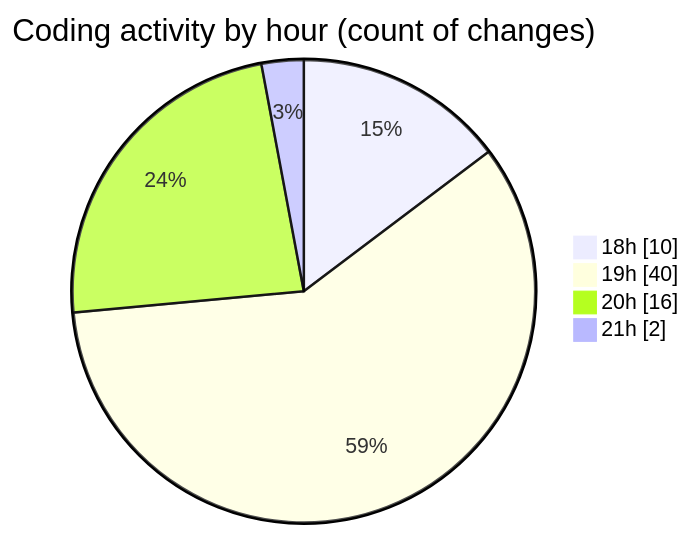
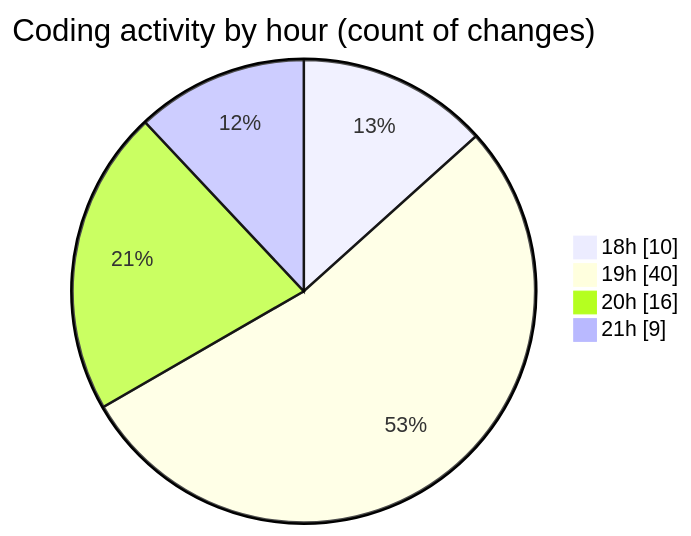
Before and after one commit to Netris89/code-tracking: the second of 2 diagrams in 2025-03-29/back-end/README.md, drawn with Mermaid. The commit also changed other lines of this file and 1 other file, not shown here.

````diff
--- a/2025-03-29/back-end/README.md
+++ b/2025-03-29/back-end/README.md
@@ -31,8 +31,8 @@
 ```mermaid
 pie showData
 title Coding activity by hour (count of changes)
 "18h" : 10
 "19h" : 40
 "20h" : 16
-"21h" : 2
+"21h" : 9
 ```
````
